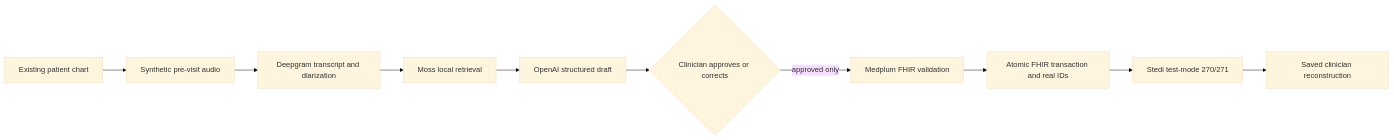
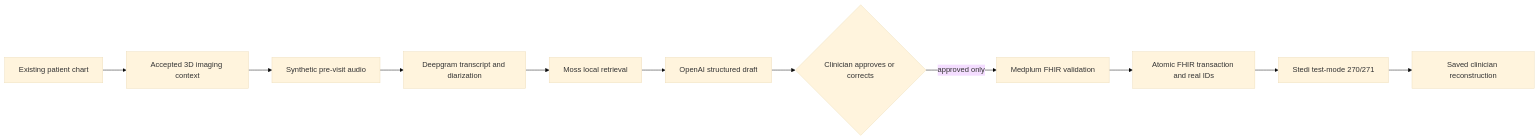
The first of 4 diagrams in README.md (ayushozha/medtrace-previsit), drawn with Mermaid (base theme) before and after one commit. The commit also changed other lines of this file and 17 other files, not shown here.

Commit message:
feat: add authenticated imaging context and canonical demo replay

````diff
--- a/README.md
+++ b/README.md
@@ -118,12 +118,13 @@
 ```mermaid
 flowchart LR
-  CHART["Existing patient chart"] --> AUDIO["Synthetic pre-visit audio"]
+  CHART["Existing patient chart"] --> IMAGE["Accepted 3D imaging context"]
+  IMAGE --> AUDIO["Synthetic pre-visit audio"]
   AUDIO --> DG["Deepgram transcript and diarization"]
   DG --> MOSS["Moss local retrieval"]
   MOSS --> OAI["OpenAI structured draft"]
   OAI --> REVIEW{"Clinician approves or corrects"}
   REVIEW -->|approved only| VALIDATE["Medplum FHIR validation"]
   VALIDATE --> FHIR["Atomic FHIR transaction and real IDs"]
   FHIR --> STEDI["Stedi test-mode 270/271"]
   STEDI --> READY["Saved clinician reconstruction"]
 ```
````
